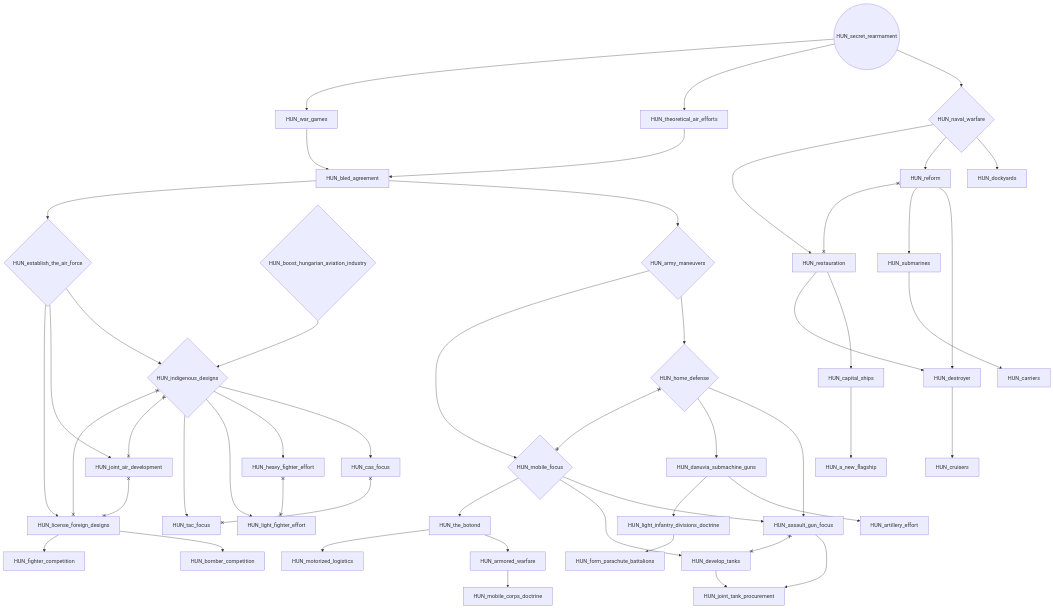
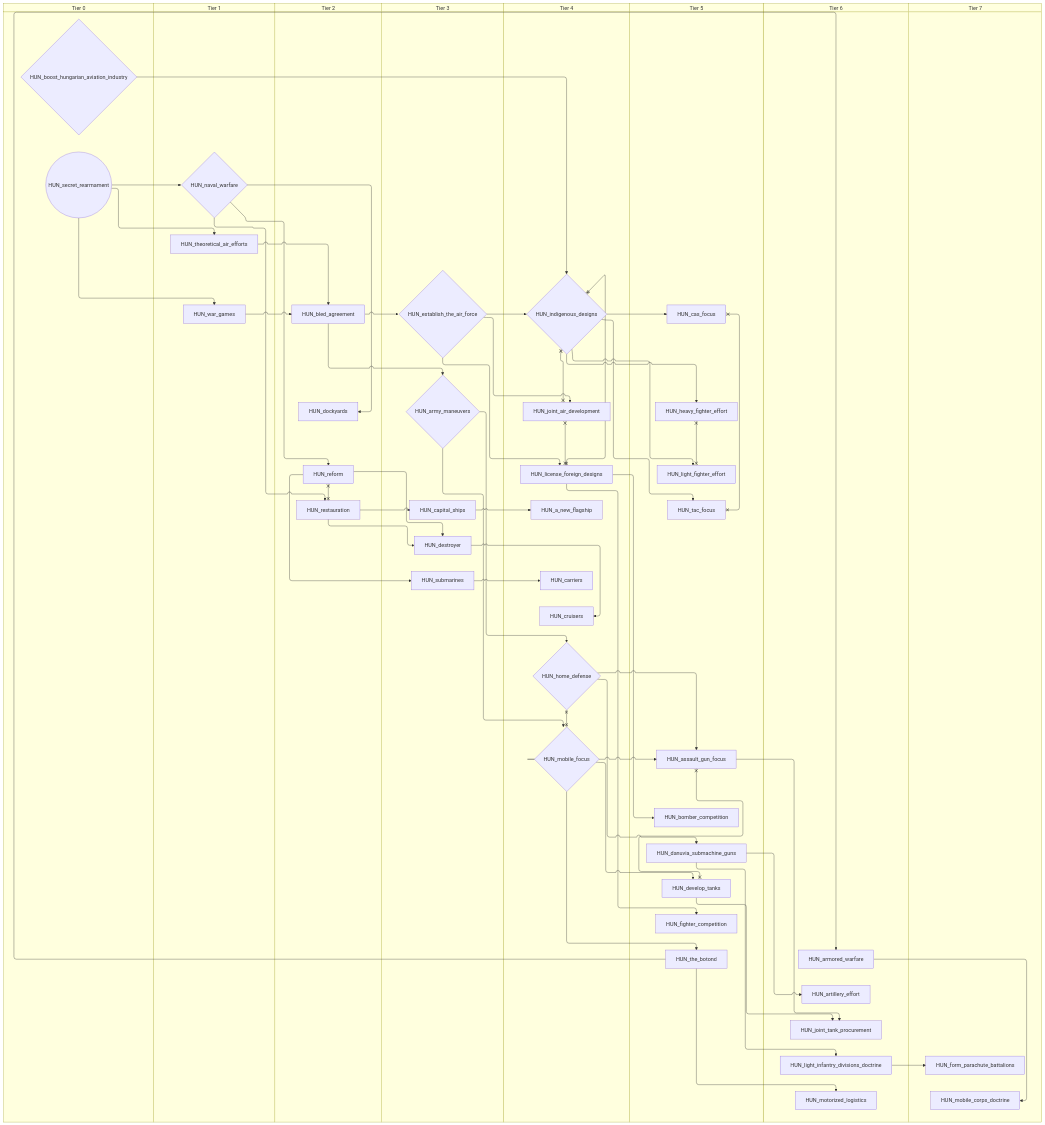
The fourth of 4 diagrams in docs/gdd/National Focuses/hungary.md (evgeny-sobol/hoi4-sandbox-mode), drawn with Mermaid before and after one commit. The commit also changed other lines of this file and 80 other files, not shown here.

First line of the commit message:
Add swimlane mode to focus graph exporter

````diff
--- a/docs/gdd/National Focuses/hungary.md
+++ b/docs/gdd/National Focuses/hungary.md
@@ -204,92 +260,108 @@
 ```mermaid
-flowchart TD
-    n70["HUN_a_new_flagship"]
-    n71["HUN_armored_warfare"]
-    n72{"HUN_army_maneuvers"}
-    n73["HUN_artillery_effort"]
-    n74["HUN_assault_gun_focus"]
-    n75["HUN_bled_agreement"]
-    n76["HUN_bomber_competition"]
-    n49{"HUN_boost_hungarian_aviation_industry"}
-    n77["HUN_capital_ships"]
-    n78["HUN_carriers"]
-    n50["HUN_cas_focus"]
-    n79["HUN_cruisers"]
-    n80["HUN_danuvia_submachine_guns"]
-    n81["HUN_destroyer"]
-    n82["HUN_develop_tanks"]
-    n83["HUN_dockyards"]
-    n53{"HUN_establish_the_air_force"}
-    n84["HUN_fighter_competition"]
-    n85["HUN_form_parachute_battalions"]
-    n57["HUN_heavy_fighter_effort"]
-    n86{"HUN_home_defense"}
-    n58{"HUN_indigenous_designs"}
-    n62["HUN_joint_air_development"]
-    n87["HUN_joint_tank_procurement"]
-    n63["HUN_license_foreign_designs"]
-    n64["HUN_light_fighter_effort"]
-    n88["HUN_light_infantry_divisions_doctrine"]
-    n89["HUN_mobile_corps_doctrine"]
-    n90{"HUN_mobile_focus"}
-    n91["HUN_motorized_logistics"]
-    n92{"HUN_naval_warfare"}
-    n93["HUN_reform"]
-    n94["HUN_restauration"]
-    n95(("HUN_secret_rearmament"))
-    n96["HUN_submarines"]
-    n69["HUN_tac_focus"]
-    n97["HUN_the_botond"]
-    n98["HUN_theoretical_air_efforts"]
-    n99["HUN_war_games"]
-    n77 --> n70
-    n97 --> n71
-    n75 --> n72
-    n80 --> n73
-    n90 --> n74
-    n86 --> n74
-    n99 --> n75
-    n98 --> n75
-    n63 --> n76
-    n94 --> n77
-    n96 --> n78
-    n58 --> n50
-    n81 --> n79
-    n86 --> n80
-    n94 --> n81
-    n93 --> n81
-    n90 --> n82
-    n92 --> n83
-    n75 --> n53
-    n63 --> n84
-    n88 --> n85
-    n58 --> n57
-    n72 --> n86
-    n53 --> n58
-    n49 --> n58
-    n53 --> n62
-    n82 --> n87
-    n74 --> n87
-    n53 --> n63
-    n58 --> n64
-    n80 --> n88
-    n71 --> n89
-    n72 --> n90
-    n97 --> n91
-    n95 --> n92
+swimlane-beta TD
+    subgraph tier_0["Tier 0"]
+        n60{"HUN_boost_hungarian_aviation_industry"}
+        n70(("HUN_secret_rearmament"))
+    end
+    subgraph tier_1["Tier 1"]
+        n71{"HUN_naval_warfare"}
+        n72["HUN_theoretical_air_efforts"]
+        n73["HUN_war_games"]
+    end
+    subgraph tier_2["Tier 2"]
+        n74["HUN_bled_agreement"]
+        n75["HUN_dockyards"]
+        n76["HUN_reform"]
+        n77["HUN_restauration"]
+    end
+    subgraph tier_3["Tier 3"]
+        n78{"HUN_army_maneuvers"}
+        n79["HUN_capital_ships"]
+        n80["HUN_destroyer"]
+        n46{"HUN_establish_the_air_force"}
+        n81["HUN_submarines"]
+    end
+    subgraph tier_4["Tier 4"]
+        n82["HUN_a_new_flagship"]
+        n83["HUN_carriers"]
+        n84["HUN_cruisers"]
+        n85{"HUN_home_defense"}
+        n65{"HUN_indigenous_designs"}
+        n48["HUN_joint_air_development"]
+        n49["HUN_license_foreign_designs"]
+        n86{"HUN_mobile_focus"}
+    end
+    subgraph tier_5["Tier 5"]
+        n87["HUN_assault_gun_focus"]
+        n88["HUN_bomber_competition"]
+        n66["HUN_cas_focus"]
+        n89["HUN_danuvia_submachine_guns"]
+        n90["HUN_develop_tanks"]
+        n91["HUN_fighter_competition"]
+        n67["HUN_heavy_fighter_effort"]
+        n68["HUN_light_fighter_effort"]
+        n69["HUN_tac_focus"]
+        n92["HUN_the_botond"]
+    end
+    subgraph tier_6["Tier 6"]
+        n93["HUN_armored_warfare"]
+        n94["HUN_artillery_effort"]
+        n95["HUN_joint_tank_procurement"]
+        n96["HUN_light_infantry_divisions_doctrine"]
+        n97["HUN_motorized_logistics"]
+    end
+    subgraph tier_7["Tier 7"]
+        n98["HUN_form_parachute_battalions"]
+        n99["HUN_mobile_corps_doctrine"]
+    end
+    n79 --> n82
     n92 --> n93
-    n92 --> n94
-    n93 --> n96
-    n58 --> n69
-    n90 --> n97
-    n95 --> n98
-    n95 --> n99
-    n74 x--x n82
-    n50 x--x n69
-    n57 x--x n64
-    n86 x--x n90
-    n58 x--x n62
-    n58 x--x n63
-    n62 x--x n63
-    n93 x--x n94
+    n74 --> n78
+    n89 --> n94
+    n86 --> n87
+    n85 --> n87
+    n73 --> n74
+    n72 --> n74
+    n49 --> n88
+    n77 --> n79
+    n81 --> n83
+    n65 --> n66
+    n80 --> n84
+    n85 --> n89
+    n77 --> n80
+    n76 --> n80
+    n86 --> n90
+    n71 --> n75
+    n74 --> n46
+    n49 --> n91
+    n96 --> n98
+    n65 --> n67
+    n78 --> n85
+    n46 --> n65
+    n60 --> n65
+    n46 --> n48
+    n90 --> n95
+    n87 --> n95
+    n46 --> n49
+    n65 --> n68
+    n89 --> n96
+    n93 --> n99
+    n78 --> n86
+    n92 --> n97
+    n70 --> n71
+    n71 --> n76
+    n71 --> n77
+    n76 --> n81
+    n65 --> n69
+    n86 --> n92
+    n70 --> n72
+    n70 --> n73
+    n87 x--x n90
+    n66 x--x n69
+    n67 x--x n68
+    n85 x--x n86
+    n65 x--x n48
+    n65 x--x n49
+    n48 x--x n49
+    n76 x--x n77
 ```
````
